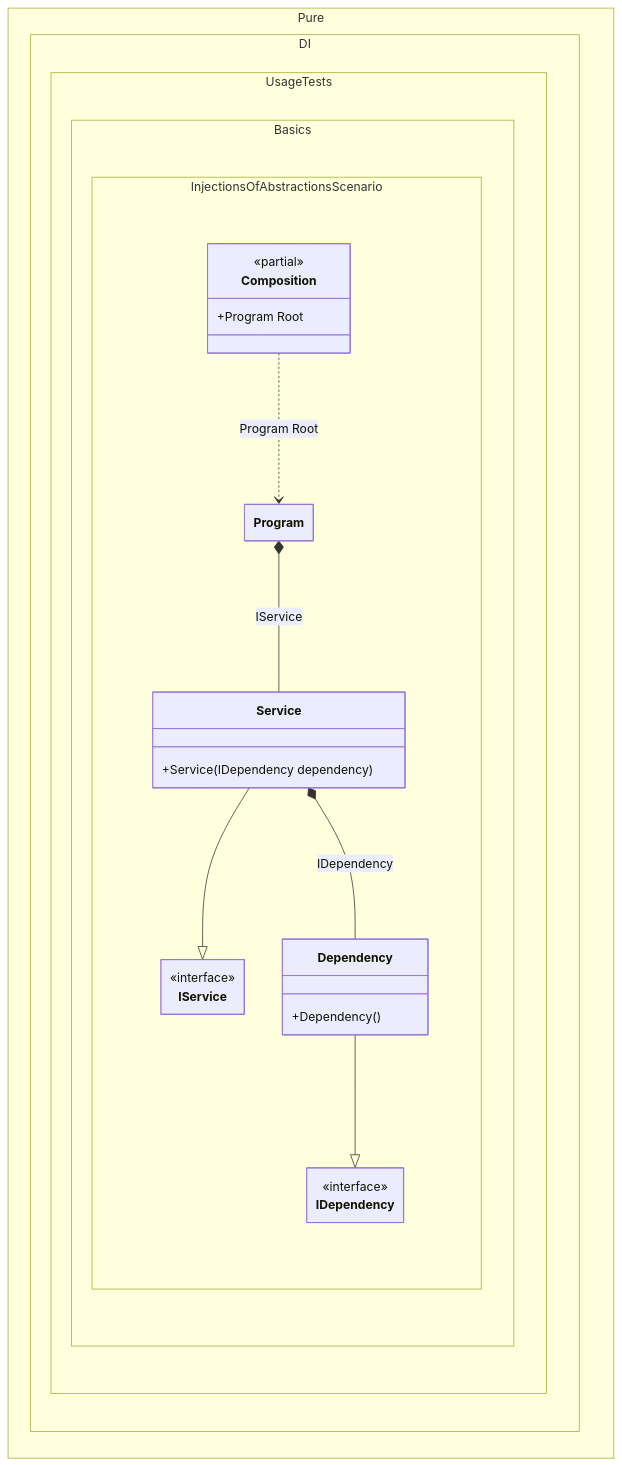
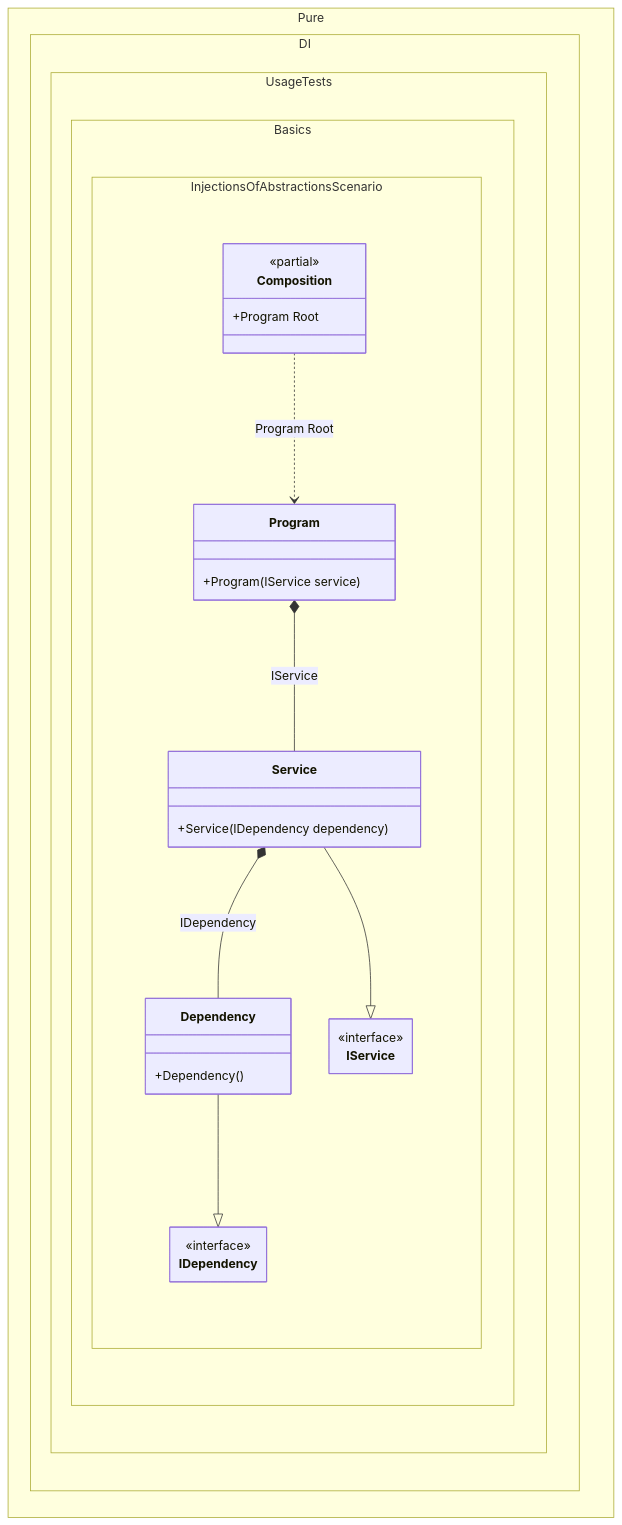
Before and after one commit to DevTeam/Pure.DI: the diagram in readme/injections-of-abstractions.md, drawn with Mermaid. The commit also changed 113 other files, not shown here.

````diff
--- a/readme/injections-of-abstractions.md
+++ b/readme/injections-of-abstractions.md
@@ -108,33 +108,34 @@
 ```mermaid
 ---
  config:
   class:
    hideEmptyMembersBox: true
 ---
 classDiagram
+	Dependency --|> IDependency
 	Service --|> IService
-	Dependency --|> IDependency
 	Composition ..> Program : Program Root
+	Service *--  Dependency : IDependency
 	Program *--  Service : IService
-	Service *--  Dependency : IDependency
 	namespace Pure.DI.UsageTests.Basics.InjectionsOfAbstractionsScenario {
 		class Composition {
 		<<partial>>
 		+Program Root
 		}
 		class Dependency {
 			+Dependency()
 		}
 		class IDependency {
 			<<interface>>
 		}
 		class IService {
 			<<interface>>
 		}
 		class Program {
+			+Program(IService service)
 		}
 		class Service {
 			+Service(IDependency dependency)
 		}
 	}
 ```
````
